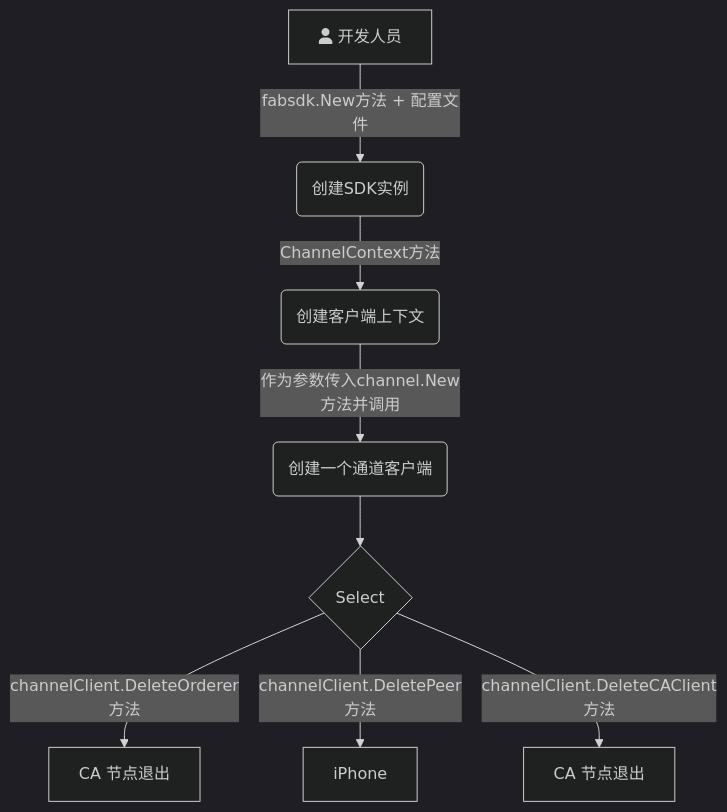
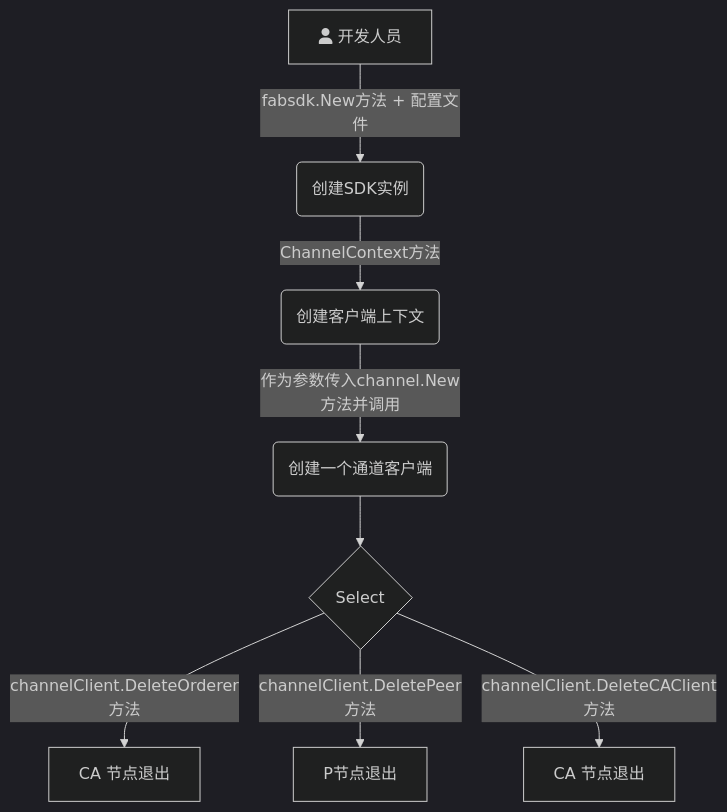
Before and after one commit to Utekichan/iodraw-files: the diagram in all/未命名.md, drawn with Mermaid (dark theme).

Commit message:
2024-03-30 22:23:26 update

````diff
--- a/all/未命名.md
+++ b/all/未命名.md
@@ -1,11 +1,11 @@
 ```mermaid
 graph TD
     A[fa:fa-user 开发人员] -->|fabsdk.New方法 + 配置文件| B(创建SDK实例)
     B-->|ChannelContext方法| C(创建客户端上下文)
     C-->|作为参数传入channel.New方法并调用| D(创建一个通道客户端)
     D --> E{Select}
     E -->|channelClient.DeleteOrderer方法| F[ CA 节点退出]
-    E -->|channelClient.DeletePeer方法| G[iPhone]
+    E -->|channelClient.DeletePeer方法| G[ P节点退出]
     E -->|channelClient.DeleteCAClient方法| H[ CA 节点退出]
   
 ```
````
